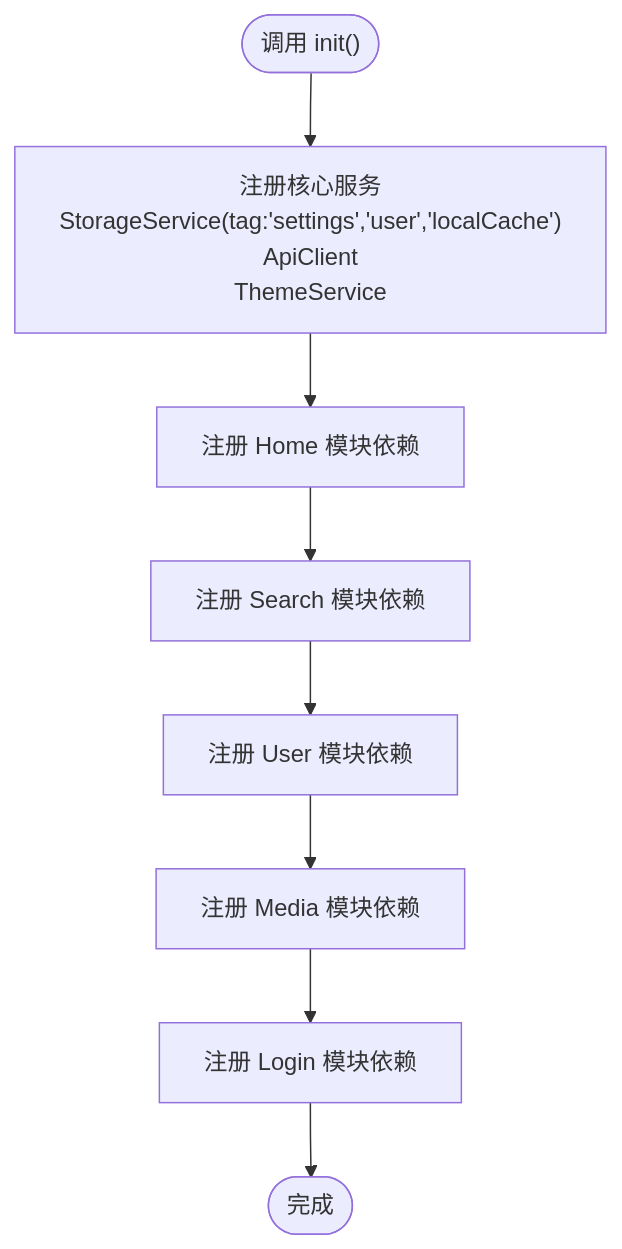
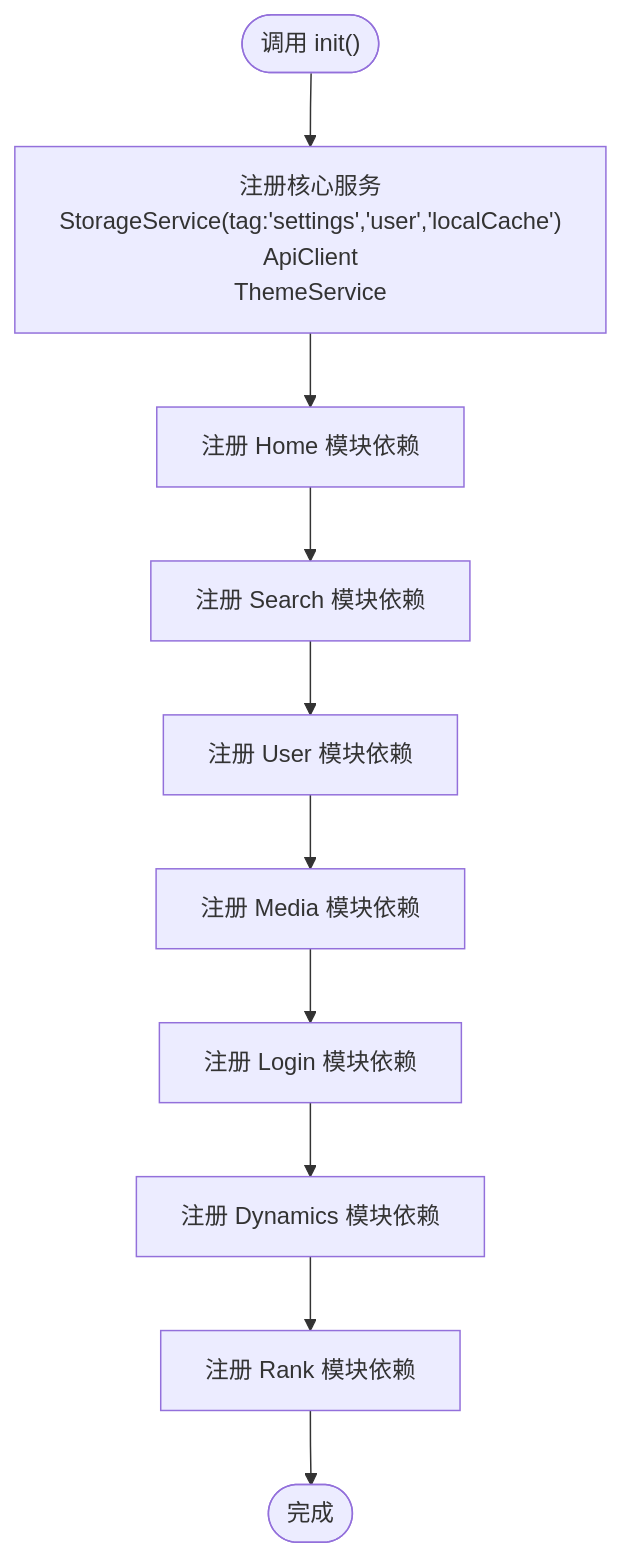
The third of 7 diagrams in .qoder/repowiki/zh/content/核心模块/依赖注入.md (justLXX/pilipala), drawn with Mermaid before and after one commit. The commit also changed other lines of this file and 194 other files, not shown here.

````diff
--- a/.qoder/repowiki/zh/content/核心模块/依赖注入.md
+++ b/.qoder/repowiki/zh/content/核心模块/依赖注入.md
@@ -200,10 +240,12 @@
 ```mermaid
 flowchart TD
 Start(["调用 init()"]) --> RegCore["注册核心服务<br/>StorageService(tag:'settings','user','localCache')<br/>ApiClient<br/>ThemeService"]
 RegCore --> RegHome["注册 Home 模块依赖"]
 RegHome --> RegSearch["注册 Search 模块依赖"]
 RegSearch --> RegUser["注册 User 模块依赖"]
 RegUser --> RegMedia["注册 Media 模块依赖"]
 RegMedia --> RegLogin["注册 Login 模块依赖"]
-RegLogin --> End(["完成"])
+RegLogin --> RegDynamics["注册 Dynamics 模块依赖"]
+RegDynamics --> RegRank["注册 Rank 模块依赖"]
+RegRank --> End(["完成"])
 ```
````
